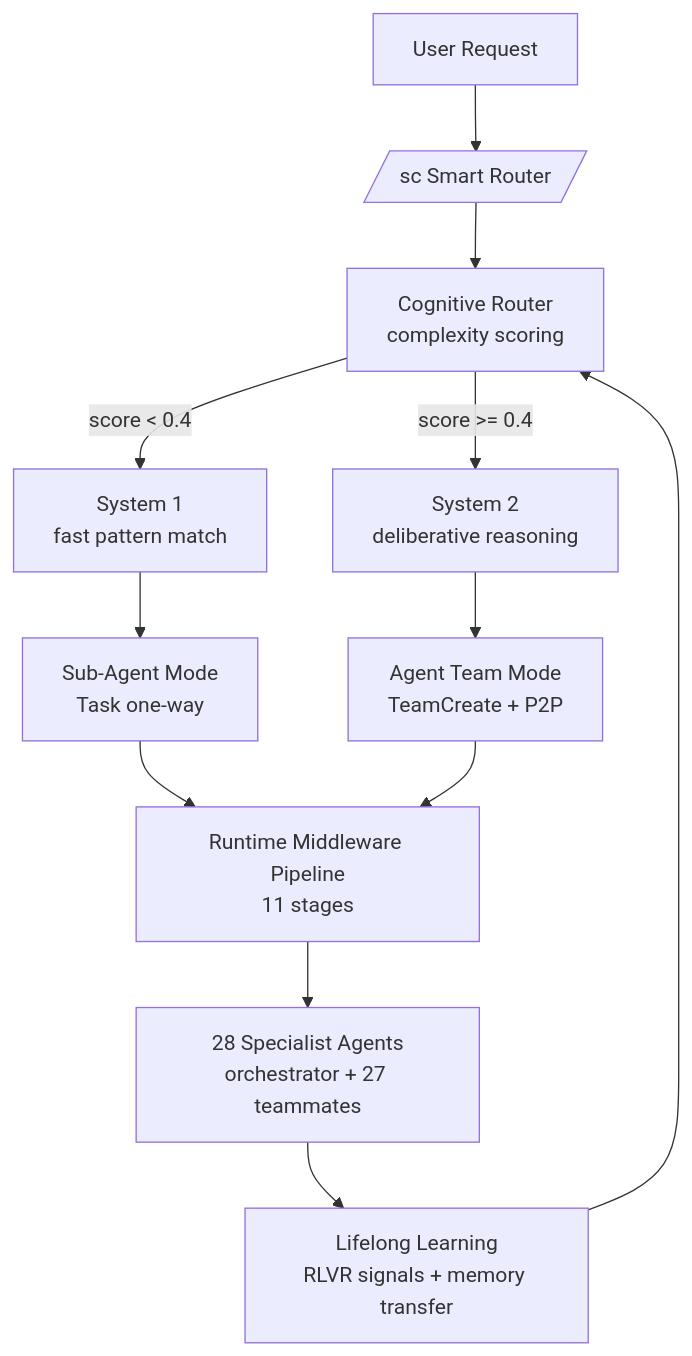
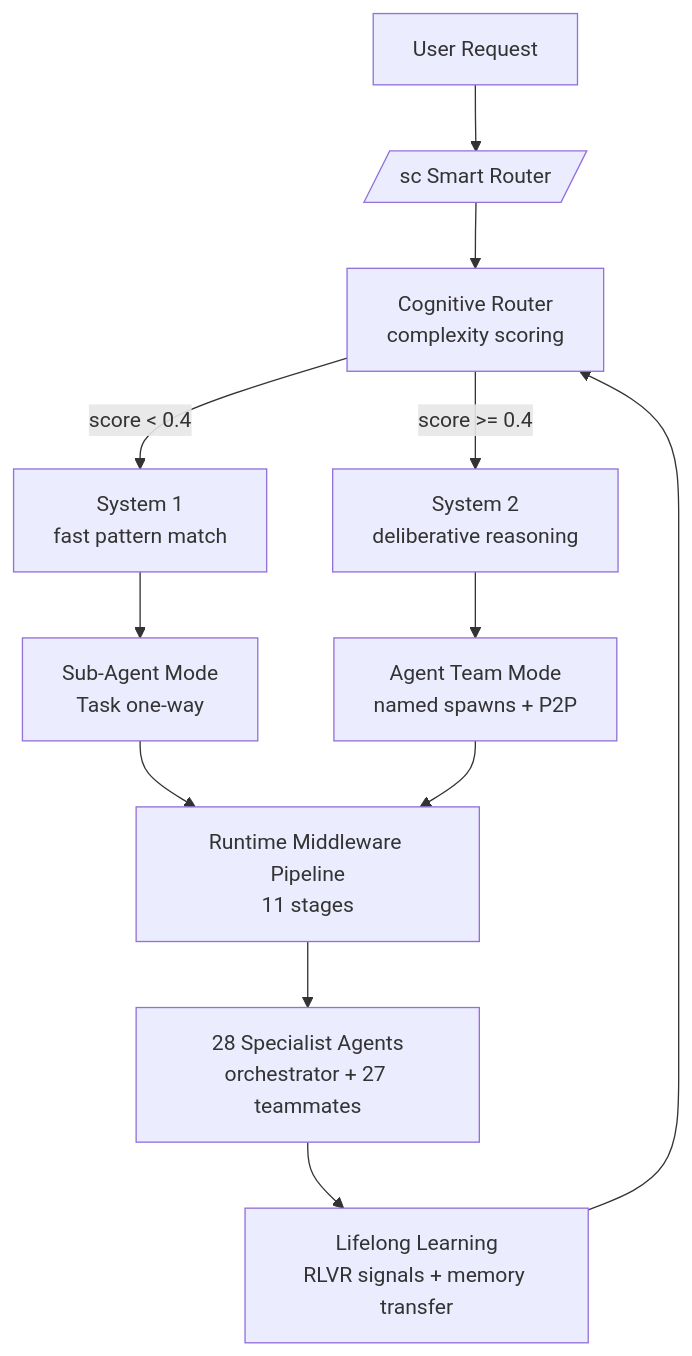
Before and after one commit to Yoodaddy0311/artibot: the diagram in plugins/artibot/README.md, drawn with Mermaid. The commit also changed other lines of this file and 66 other files, not shown here.

````diff
--- a/plugins/artibot/README.md
+++ b/plugins/artibot/README.md
@@ -72,14 +72,14 @@
 ```mermaid
 flowchart TD
     U[User Request] --> SC[/sc Smart Router/]
     SC --> CR[Cognitive Router<br/>complexity scoring]
     CR -->|score &lt; 0.4| S1[System 1<br/>fast pattern match]
     CR -->|score &gt;= 0.4| S2[System 2<br/>deliberative reasoning]
     S1 --> SUB[Sub-Agent Mode<br/>Task one-way]
-    S2 --> TM[Agent Team Mode<br/>TeamCreate + P2P]
+    S2 --> TM[Agent Team Mode<br/>named spawns + P2P]
     SUB --> RT[Runtime Middleware Pipeline<br/>11 stages]
     TM --> RT
     RT --> AG[28 Specialist Agents<br/>orchestrator + 27 teammates]
     AG --> LL[Lifelong Learning<br/>RLVR signals + memory transfer]
     LL --> CR
 ```
````
